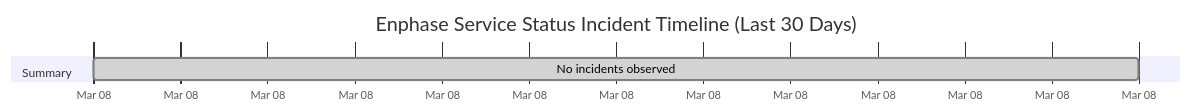
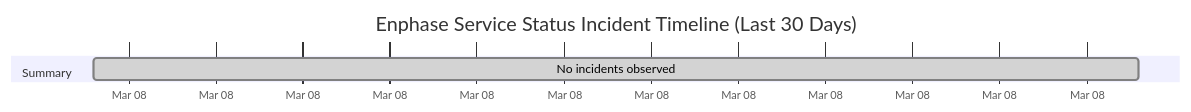
One commit to barneyonline/ha-enphase-ev-charger changed the diagram in wiki/Service-Status-History.md. Above: the diagram before and after it, drawn with Mermaid. The commit also changed other lines of this file and 3 other files, not shown here.

````diff
--- a/wiki/Service-Status-History.md
+++ b/wiki/Service-Status-History.md
@@ -14,8 +14,8 @@
 ```mermaid
 gantt
     title Enphase Service Status Incident Timeline (Last 30 Days)
     dateFormat  YYYY-MM-DDTHH:mm:ss
     axisFormat  %b %d
     section Summary
-    No incidents observed :done, 2026-03-08T12:28:20, 1m
+    No incidents observed :done, 2026-03-08T13:34:08, 1m
 ```
````
